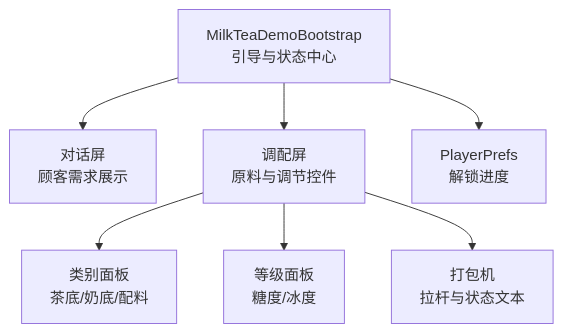
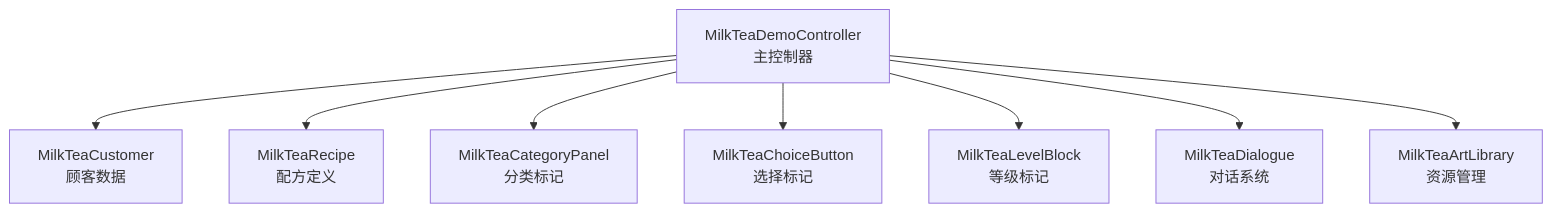
Before and after one commit to Thanatos42/-demo: the first of 9 diagrams in .qoder/repowiki/zh/content/原料管理机制.md, drawn with Mermaid. The commit also changed other lines of this file and 16 other files, not shown here.

````diff
--- a/.qoder/repowiki/zh/content/原料管理机制.md
+++ b/.qoder/repowiki/zh/content/原料管理机制.md
@@ -39,9 +55,10 @@
 ```mermaid
 graph TB
-Bootstrap["MilkTeaDemoBootstrap<br/>引导与状态中心"] --> Dialogue["对话屏<br/>顾客需求展示"]
-Bootstrap --> Mixing["调配屏<br/>原料与调节控件"]
-Mixing --> CategoryPanel["类别面板<br/>茶底/奶底/配料"]
-Mixing --> LevelPanel["等级面板<br/>糖度/冰度"]
-Mixing --> Machine["打包机<br/>拉杆与状态文本"]
-Bootstrap --> Persistence["PlayerPrefs<br/>解锁进度"]
+Controller["MilkTeaDemoController<br/>主控制器"] --> Customer["MilkTeaCustomer<br/>顾客数据"]
+Controller --> Recipe["MilkTeaRecipe<br/>配方定义"]
+Controller --> CategoryPanel["MilkTeaCategoryPanel<br/>分类标记"]
+Controller --> ChoiceButton["MilkTeaChoiceButton<br/>选择标记"]
+Controller --> LevelBlock["MilkTeaLevelBlock<br/>等级标记"]
+Controller --> Dialogue["MilkTeaDialogue<br/>对话系统"]
+Controller --> ArtLibrary["MilkTeaArtLibrary<br/>资源管理"]
 ```
````
